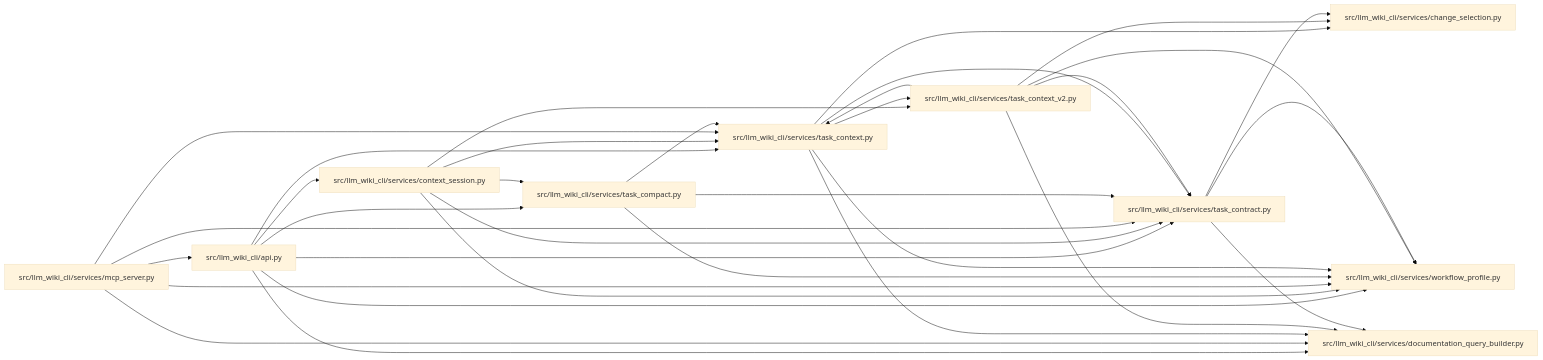
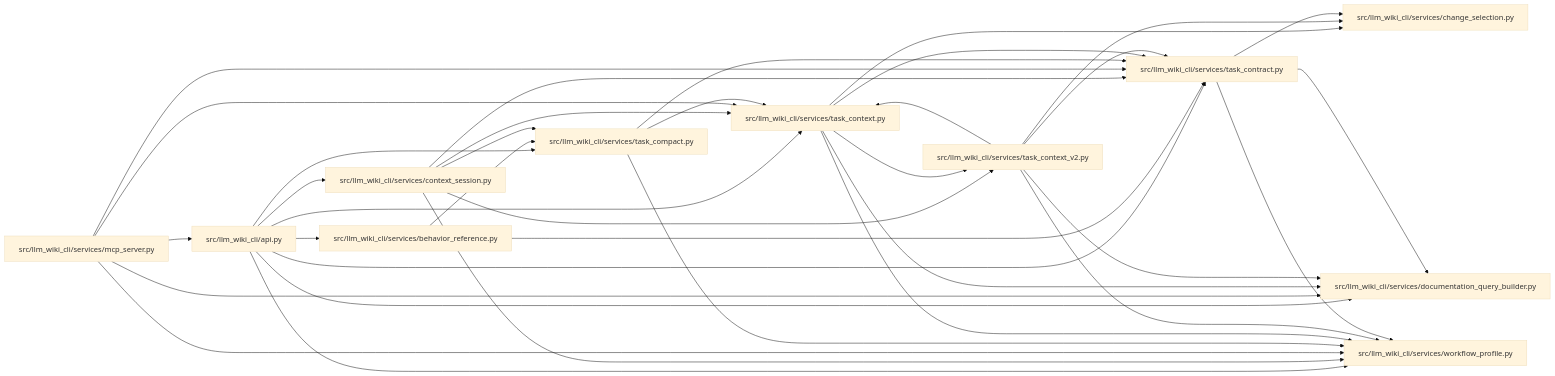
Before and after one commit to Denissvgn/python-wiki-llm: the diagram in docs/llm_wiki/modules/task_contract.md, drawn with Mermaid (base theme). The commit also changed other lines of this file and 303 other files, not shown here.

Commit message:
feat: expose installed behavior facts for sibling wiki review

````diff
--- a/docs/llm_wiki/modules/task_contract.md
+++ b/docs/llm_wiki/modules/task_contract.md
@@ -26,55 +26,60 @@
 ```mermaid
 flowchart LR
     n0["src/llm_wiki_cli/api.py"]
-    n1["src/llm_wiki_cli/services/change_selection.py"]
-    n2["src/llm_wiki_cli/services/context_session.py"]
-    n3["src/llm_wiki_cli/services/documentation_query_builder.py"]
-    n4["src/llm_wiki_cli/services/mcp_server.py"]
-    n5["src/llm_wiki_cli/services/task_compact.py"]
-    n6["src/llm_wiki_cli/services/task_context.py"]
-    n7["src/llm_wiki_cli/services/task_context_v2.py"]
-    n8["src/llm_wiki_cli/services/task_contract.py"]
-    n9["src/llm_wiki_cli/services/workflow_profile.py"]
-    n0 --> n2
+    n1["src/llm_wiki_cli/services/behavior_reference.py"]
+    n2["src/llm_wiki_cli/services/change_selection.py"]
+    n3["src/llm_wiki_cli/services/context_session.py"]
+    n4["src/llm_wiki_cli/services/documentation_query_builder.py"]
+    n5["src/llm_wiki_cli/services/mcp_server.py"]
+    n6["src/llm_wiki_cli/services/task_compact.py"]
+    n7["src/llm_wiki_cli/services/task_context.py"]
+    n8["src/llm_wiki_cli/services/task_context_v2.py"]
+    n9["src/llm_wiki_cli/services/task_contract.py"]
+    n10["src/llm_wiki_cli/services/workflow_profile.py"]
+    n0 --> n1
     n0 --> n3
-    n0 --> n5
+    n0 --> n4
     n0 --> n6
-    n0 --> n8
+    n0 --> n7
     n0 --> n9
-    n2 --> n5
-    n2 --> n6
-    n2 --> n7
-    n2 --> n8
-    n2 --> n9
-    n4 --> n0
-    n4 --> n3
-    n4 --> n6
-    n4 --> n8
-    n4 --> n9
-    n5 --> n6
-    n5 --> n8
+    n0 --> n10
+    n1 --> n6
+    n1 --> n9
+    n3 --> n6
+    n3 --> n7
+    n3 --> n8
+    n3 --> n9
+    n3 --> n10
+    n5 --> n0
+    n5 --> n4
+    n5 --> n7
     n5 --> n9
-    n6 --> n1
-    n6 --> n3
+    n5 --> n10
     n6 --> n7
-    n6 --> n8
     n6 --> n9
-    n7 --> n1
-    n7 --> n3
-    n7 --> n6
+    n6 --> n10
+    n7 --> n2
+    n7 --> n4
     n7 --> n8
     n7 --> n9
-    n8 --> n1
-    n8 --> n3
+    n7 --> n10
+    n8 --> n2
+    n8 --> n4
+    n8 --> n7
     n8 --> n9
+    n8 --> n10
+    n9 --> n2
+    n9 --> n4
+    n9 --> n10
     click n0 "../modules/api.md"
-    click n1 "../modules/change_selection.md"
-    click n2 "../modules/context_session.md"
-    click n3 "../modules/documentation_query_builder.md"
-    click n4 "../modules/mcp_server.md"
-    click n5 "../modules/task_compact.md"
-    click n6 "../modules/task_context.md"
-    click n7 "../modules/task_context_v2.md"
-    click n8 "../modules/task_contract.md"
-    click n9 "../modules/workflow_profile.md"
+    click n1 "../modules/behavior_reference.md"
+    click n2 "../modules/change_selection.md"
+    click n3 "../modules/context_session.md"
+    click n4 "../modules/documentation_query_builder.md"
+    click n5 "../modules/mcp_server.md"
+    click n6 "../modules/task_compact.md"
+    click n7 "../modules/task_context.md"
+    click n8 "../modules/task_context_v2.md"
+    click n9 "../modules/task_contract.md"
+    click n10 "../modules/workflow_profile.md"
 ```
````
